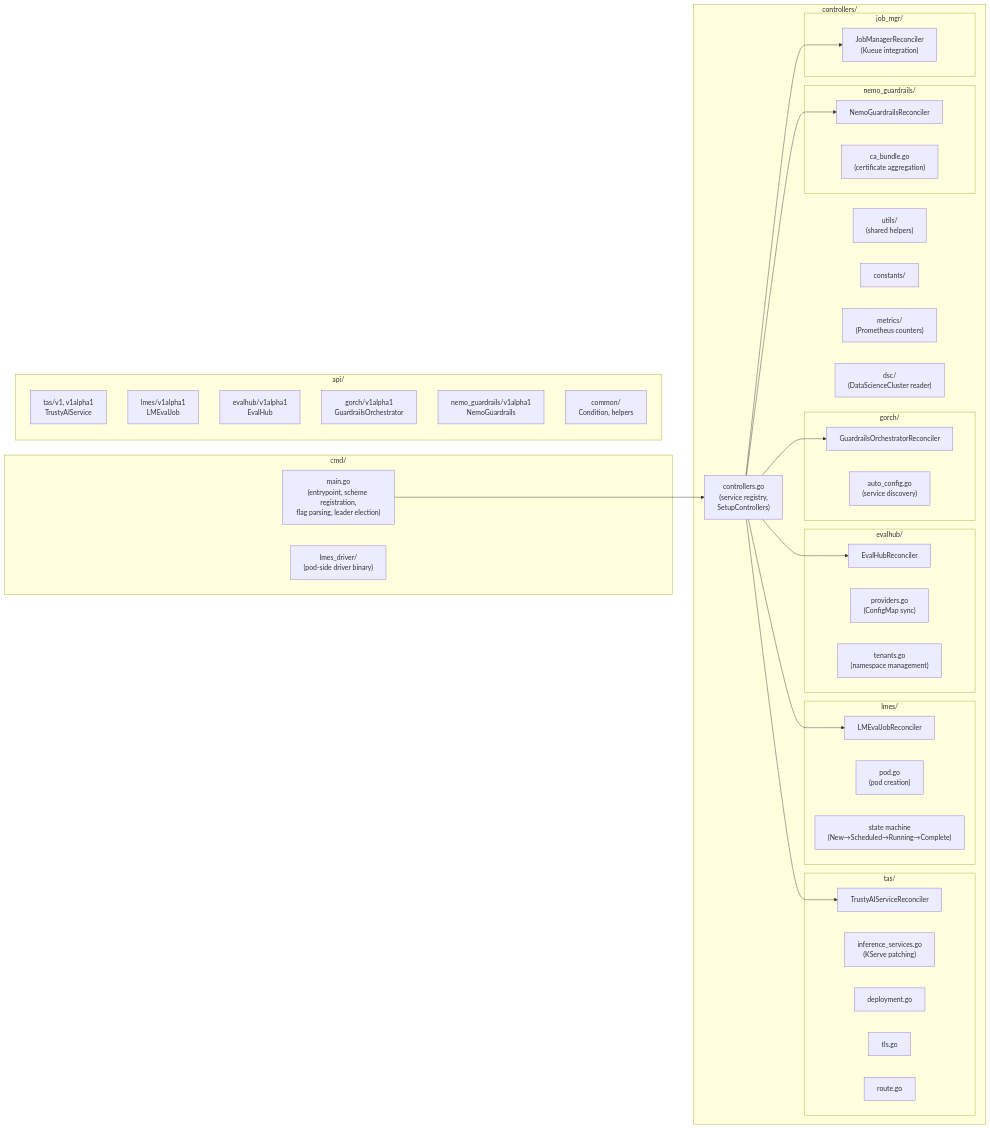
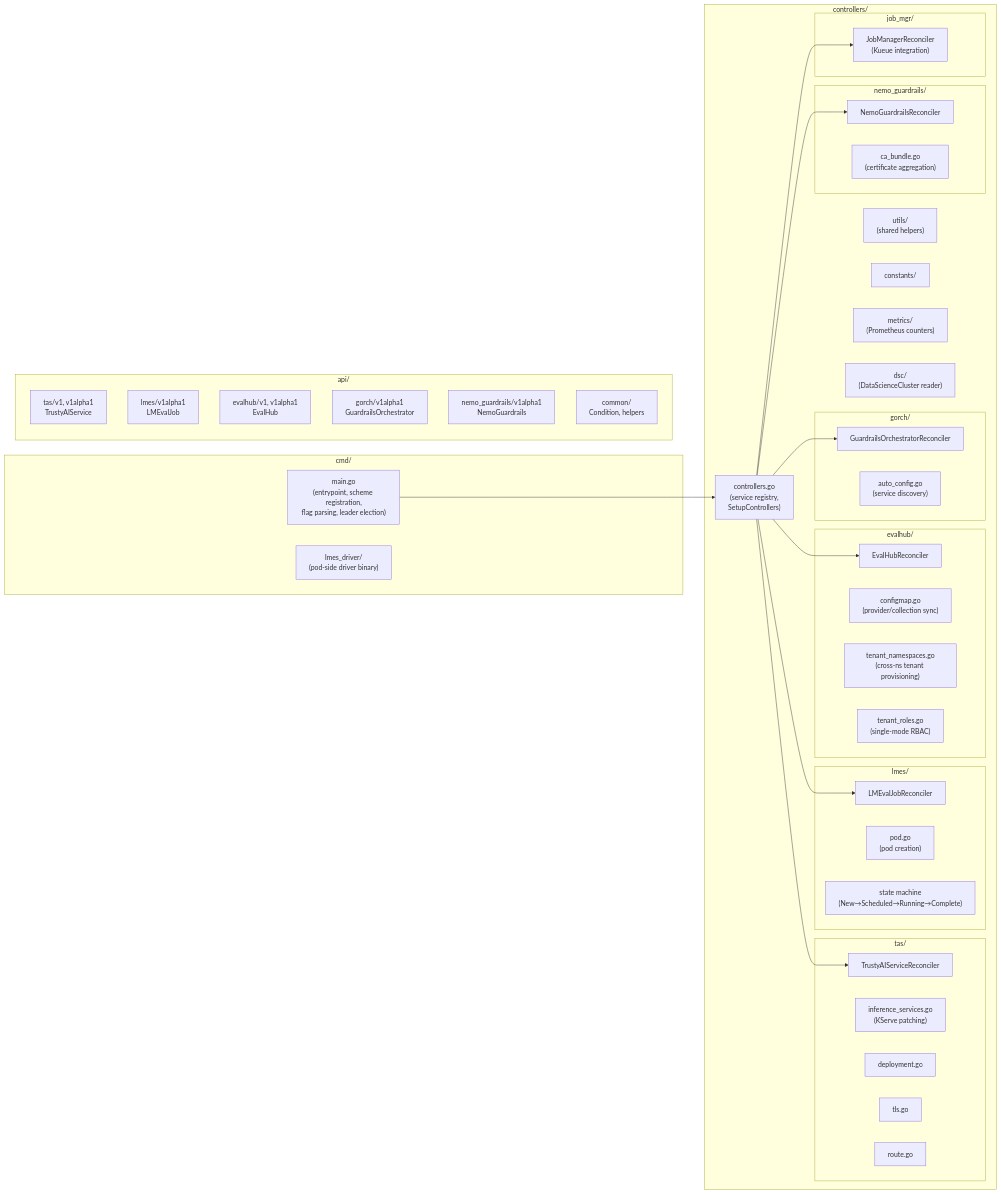
Before and after one commit to trustyai-explainability/trustyai-service-operator: the third of 9 diagrams in ARCHITECTURE.md, drawn with Mermaid. The commit also changed other lines of this file and 20 other files, not shown here.

First line of the commit message:
feat(evalhub): implement single-tenant support (#805)

````diff
--- a/ARCHITECTURE.md
+++ b/ARCHITECTURE.md
@@ -95,67 +95,68 @@
 ```mermaid
 flowchart LR
     subgraph cmd["cmd/"]
         main["main.go\n(entrypoint, scheme registration,\nflag parsing, leader election)"]
         driver["lmes_driver/\n(pod-side driver binary)"]
     end
 
     subgraph controllers["controllers/"]
         registry["controllers.go\n(service registry,\nSetupControllers)"]
 
         subgraph tas_ctrl["tas/"]
             tas_rec["TrustyAIServiceReconciler"]
             tas_isvc["inference_services.go\n(KServe patching)"]
             tas_deploy["deployment.go"]
             tas_tls["tls.go"]
             tas_route["route.go"]
         end
 
         subgraph lmes_ctrl["lmes/"]
             lmes_rec["LMEvalJobReconciler"]
             lmes_pod["pod.go\n(pod creation)"]
             lmes_state["state machine\n(New→Scheduled→Running→Complete)"]
         end
 
         subgraph evalhub_ctrl["evalhub/"]
             evalhub_rec["EvalHubReconciler"]
-            evalhub_providers["providers.go\n(ConfigMap sync)"]
-            evalhub_tenants["tenants.go\n(namespace management)"]
+            evalhub_providers["configmap.go\n(provider/collection sync)"]
+            evalhub_tenants["tenant_namespaces.go\n(cross-ns tenant provisioning)"]
+            evalhub_roles["tenant_roles.go\n(single-mode RBAC)"]
         end
 
         subgraph gorch_ctrl["gorch/"]
             gorch_rec["GuardrailsOrchestratorReconciler"]
             gorch_autoconfig["auto_config.go\n(service discovery)"]
         end
 
         subgraph nemo_ctrl["nemo_guardrails/"]
             nemo_rec["NemoGuardrailsReconciler"]
             nemo_ca["ca_bundle.go\n(certificate aggregation)"]
         end
 
         subgraph job_mgr_ctrl["job_mgr/"]
             job_mgr_rec["JobManagerReconciler\n(Kueue integration)"]
         end
 
         utils["utils/\n(shared helpers)"]
         constants["constants/"]
         metrics["metrics/\n(Prometheus counters)"]
         dsc_pkg["dsc/\n(DataScienceCluster reader)"]
     end
 
     subgraph api["api/"]
         tas_types["tas/v1, v1alpha1\nTrustyAIService"]
         lmes_types["lmes/v1alpha1\nLMEvalJob"]
-        evalhub_types["evalhub/v1alpha1\nEvalHub"]
+        evalhub_types["evalhub/v1, v1alpha1\nEvalHub"]
         gorch_types["gorch/v1alpha1\nGuardrailsOrchestrator"]
         nemo_types["nemo_guardrails/v1alpha1\nNemoGuardrails"]
         common["common/\nCondition, helpers"]
     end
 
     main --> registry
     registry --> tas_rec
     registry --> lmes_rec
     registry --> evalhub_rec
     registry --> gorch_rec
     registry --> nemo_rec
     registry --> job_mgr_rec
 ```
````
